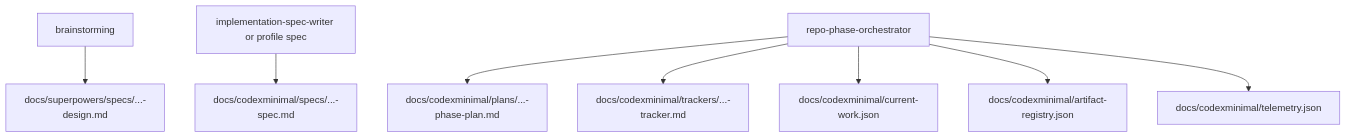
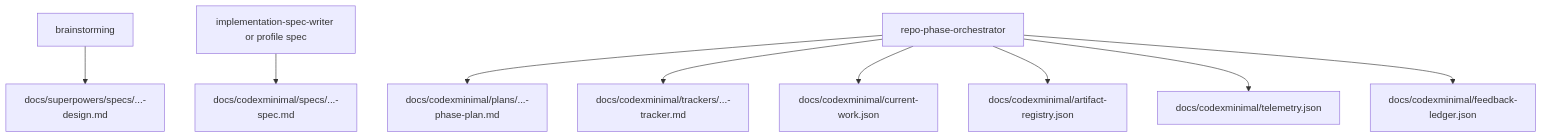
Before and after one commit to HoanDo95/CodexMinimal: the ninth of 10 diagrams in README.md, drawn with Mermaid. The commit also changed other lines of this file and 19 other files, not shown here.

Commit message:
Add feedback ledger and rule promotion

````diff
--- a/README.md
+++ b/README.md
@@ -149,10 +150,11 @@
 ```mermaid
 flowchart TD
     A[brainstorming] --> B[docs/superpowers/specs/...-design.md]
     C[implementation-spec-writer or profile spec] --> D[docs/codexminimal/specs/...-spec.md]
     E[repo-phase-orchestrator] --> F[docs/codexminimal/plans/...-phase-plan.md]
     E --> G[docs/codexminimal/trackers/...-tracker.md]
     E --> H[docs/codexminimal/current-work.json]
     E --> I[docs/codexminimal/artifact-registry.json]
     E --> J[docs/codexminimal/telemetry.json]
+    E --> K[docs/codexminimal/feedback-ledger.json]
 ```
````
